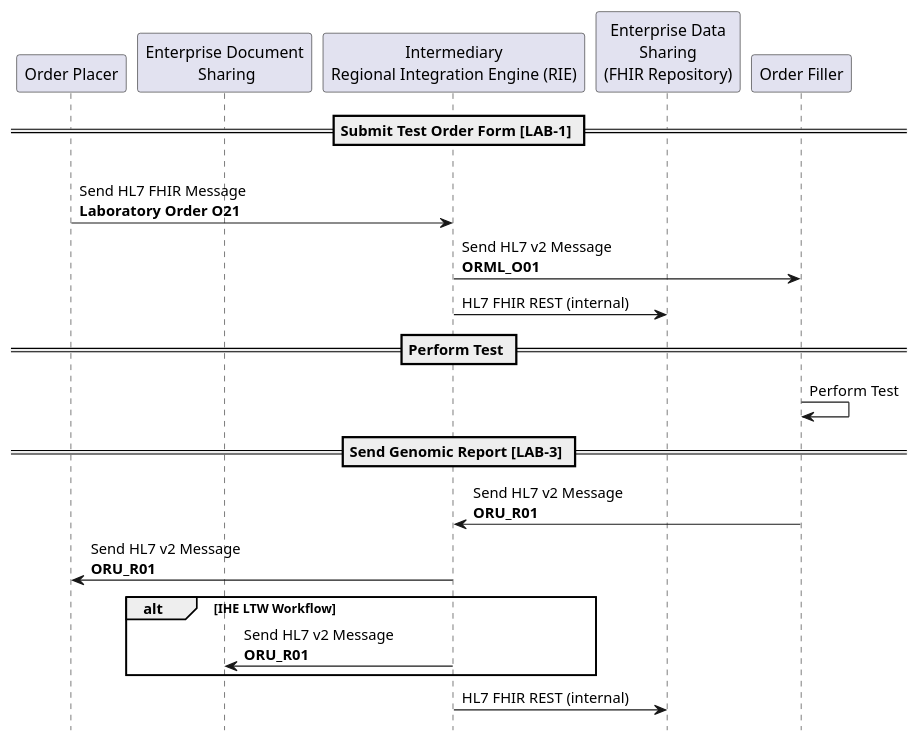
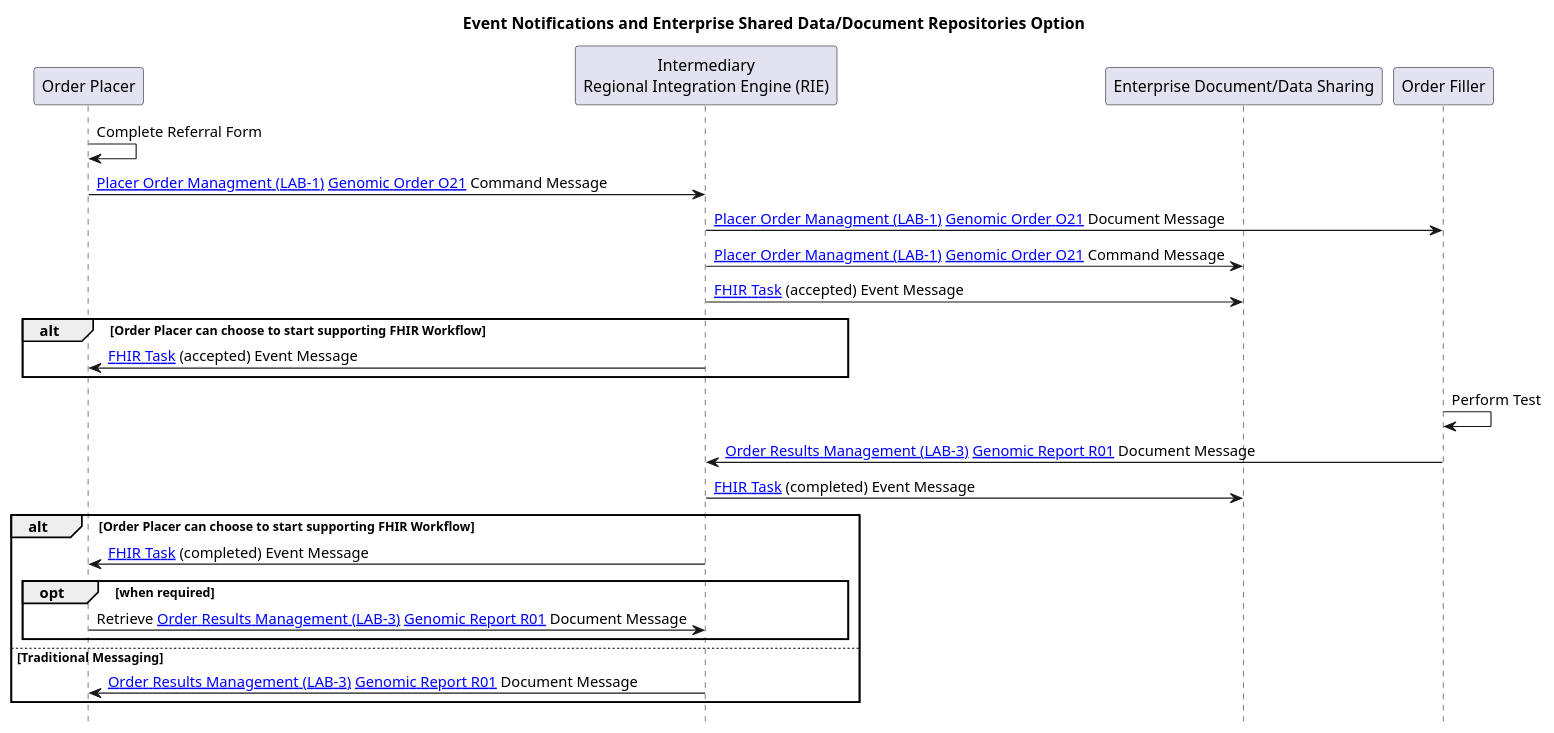
One commit to nw-gmsa/nw-gmsa.github.com changed the diagram in input/images-source/LTW-cdr-sequence.plantuml. Above: the diagram before and after it, drawn with PlantUML. The commit also changed 1 other file, not shown here.

Commit message:
Documentation of Lab Report options

```diff
--- a/input/images-source/LTW-cdr-sequence.plantuml
+++ b/input/images-source/LTW-cdr-sequence.plantuml
@@ -1,33 +1,35 @@
 @startuml
 
 hide footbox
 
+title "Event Notifications and Enterprise Shared Data/Document Repositories Option"
+
 participant "Order Placer" as EPR
-participant "Enterprise Document\n Sharing" as XDS
 participant "Intermediary\nRegional Integration Engine (RIE)" as TIE
-participant "Enterprise Data\nSharing\n(FHIR Repository)" as CDR
+participant "Enterprise Document/Data Sharing" as CDR
 participant "Order Filler" as LIMS
 
 
-
-== Submit Test Order Form [LAB-1] ==
-
-EPR -> TIE: \nSend HL7 FHIR Message\n**Laboratory Order O21**
-TIE -> LIMS: Send HL7 v2 Message\n**ORML_O01**
-TIE -> CDR: HL7 FHIR REST (internal)
-
-== Perform Test ==
-
+EPR -> EPR: Complete Referral Form
+EPR -> TIE: [[LAB-1.html Placer Order Managment (LAB-1)]] [[DDD-TestOrder.html Genomic Order O21]] Command Message
+TIE -> LIMS: [[LAB-1.html Placer Order Managment (LAB-1)]] [[DDD-TestOrder.html Genomic Order O21]] Document Message
+TIE -> CDR: [[LAB-1.html Placer Order Managment (LAB-1)]] [[DDD-TestOrder.html Genomic Order O21]] Command Message
+TIE -> CDR: [[StructureDefinition-Task.html FHIR Task]] (accepted) Event Message
+alt Order Placer can choose to start supporting FHIR Workflow
+TIE -> EPR: [[StructureDefinition-Task.html FHIR Task]] (accepted) Event Message
+end
 LIMS -> LIMS: Perform Test
 
-== Send Genomic Report [LAB-3] ==
+LIMS -> TIE: [[LAB-3.html Order Results Management (LAB-3)]] [[DDD-TestReport.html Genomic Report R01]] Document Message
+TIE -> CDR: [[StructureDefinition-Task.html FHIR Task]] (completed) Event Message
+alt Order Placer can choose to start supporting FHIR Workflow
+TIE -> EPR: [[StructureDefinition-Task.html FHIR Task]] (completed) Event Message
+opt when required
+  EPR -> TIE: Retrieve [[LAB-3.html Order Results Management (LAB-3)]] [[DDD-TestReport.html Genomic Report R01]] Document Message
+end
+else Traditional Messaging
+TIE -> EPR: [[LAB-3.html Order Results Management (LAB-3)]] [[DDD-TestReport.html Genomic Report R01]] Document Message
+end
 
-LIMS -> TIE: Send HL7 v2 Message\n**ORU_R01**
-
-TIE -> EPR: Send HL7 v2 Message\n**ORU_R01**
-alt IHE LTW Workflow
-TIE -> XDS: Send HL7 v2 Message\n**ORU_R01**
-end
-TIE -> CDR: HL7 FHIR REST (internal)
 
 @enduml
```
